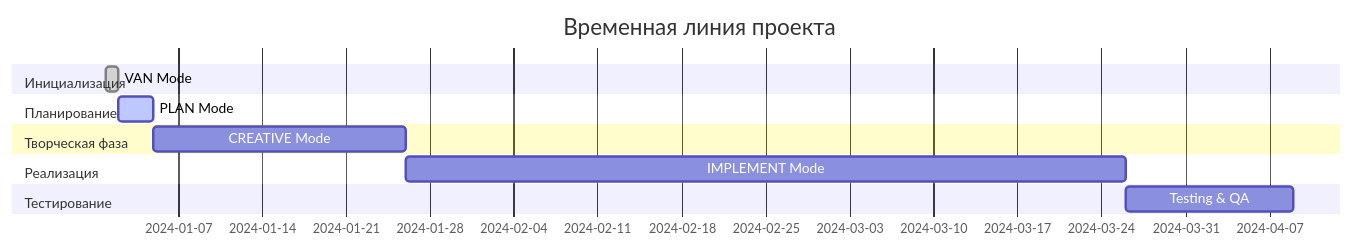
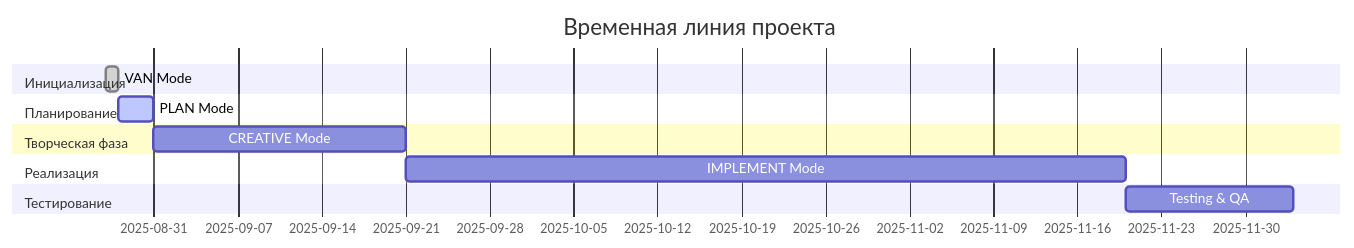
The second of 2 diagrams in memory-bank/progress.md (PavelValentov/Trading-Bot-Bybit), drawn with Mermaid before and after one commit. The commit also changed 2 other files, not shown here.

Commit message:
fix: Исправлены неправильные даты в мемори-банке
📅 КОРРЕКТИРОВКА ДАТ С 2024 НА 2025 ГОД:

✅ progress.md - Timeline проекта:
- VAN Mode: 2024-01-01 → 2025-08-27
- PLAN Mode: 2024-01-02 → 2025-08-28

✅ creative-database-schemas.md - Примеры данных:
- MongoDB social_sentiment: 2024-01-15 → 2025-01-15
- MongoDB ml_performance: 2024-01-15 → 2025-01-15
- Redis metrics: 2024-01-15 → 2025-01-15
- PostgreSQL партиции:
  * orders_2024_q1/q2 → orders_2025_q1/q2
  * orders_2024 → orders_2025
- MongoDB queries: 2024-01-01 → 2025-01-01

📊 РЕЗУЛЬТАТ:
- Файлов обновлено: 2
- Строк исправлено: 8
- Все даты актуализированы к 2025 году

🎯 ПРИЧИНА: Обнаружены устаревшие даты 2024 года в примерах и timeline проекта, которые не соответствовали текущей дате (август 2025).

✅ ПРОВЕРЕНО: Все статические даты теперь корректны

````diff
--- a/memory-bank/progress.md
+++ b/memory-bank/progress.md
@@ -84,20 +84,20 @@
 ```mermaid
 gantt
     title Временная линия проекта
     dateFormat  YYYY-MM-DD
     
     section Инициализация
-    VAN Mode           :done, van, 2024-01-01, 1d
+    VAN Mode           :done, van, 2025-08-27, 1d
     
     section Планирование  
-    PLAN Mode          :active, plan, 2024-01-02, 3d
+    PLAN Mode          :active, plan, 2025-08-28, 3d
     
     section Творческая фаза
     CREATIVE Mode      :creative, after plan, 21d
     
     section Реализация
     IMPLEMENT Mode     :implement, after creative, 60d
     
     section Тестирование
     Testing & QA       :test, after implement, 14d
 ```
````
